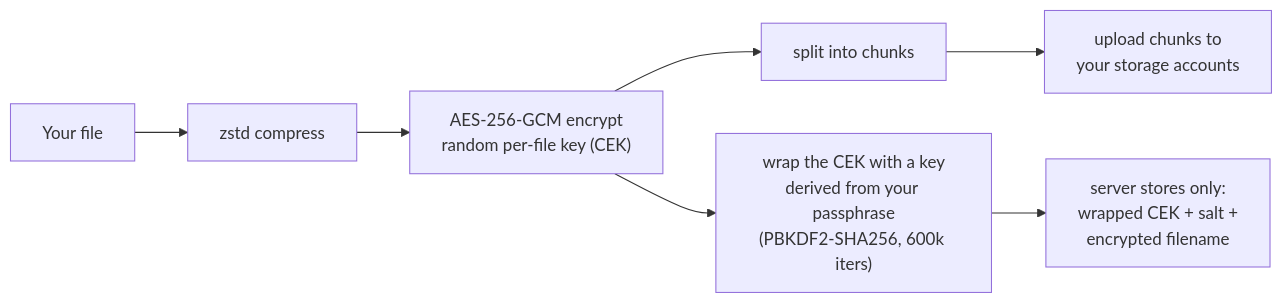
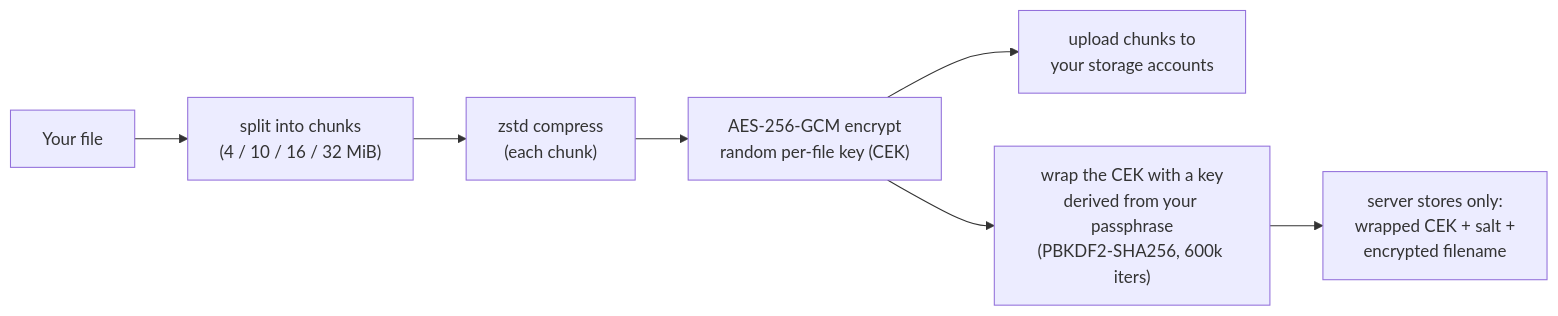
One commit to Wosmos/zcrypt changed the first of 3 diagrams in README.md. Above: the diagram before and after it, drawn with Mermaid. The commit also changed other lines of this file and 17 other files, not shown here.

Commit message:
docs: fix chunk-then-compress-then-encrypt order and 4 to 32 MiB sizes, bulk ZIP limits, Spaces admin role, sealed names, API routes, shared storage and Go version

````diff
--- a/README.md
+++ b/README.md
@@ -46,9 +46,9 @@
 ```mermaid
 flowchart LR
-    F["Your file"] --> C["zstd compress"]
+    F["Your file"] --> S["split into chunks<br/>(4 / 10 / 16 / 32 MiB)"]
+    S --> C["zstd compress<br/>(each chunk)"]
     C --> E["AES-256-GCM encrypt<br/>random per-file key (CEK)"]
-    E --> S["split into chunks"]
-    S --> U["upload chunks to<br/>your storage accounts"]
+    E --> U["upload chunks to<br/>your storage accounts"]
     E --> W["wrap the CEK with a key<br/>derived from your passphrase<br/>(PBKDF2-SHA256, 600k iters)"]
     W --> M["server stores only:<br/>wrapped CEK + salt +<br/>encrypted filename"]
 ```
````
